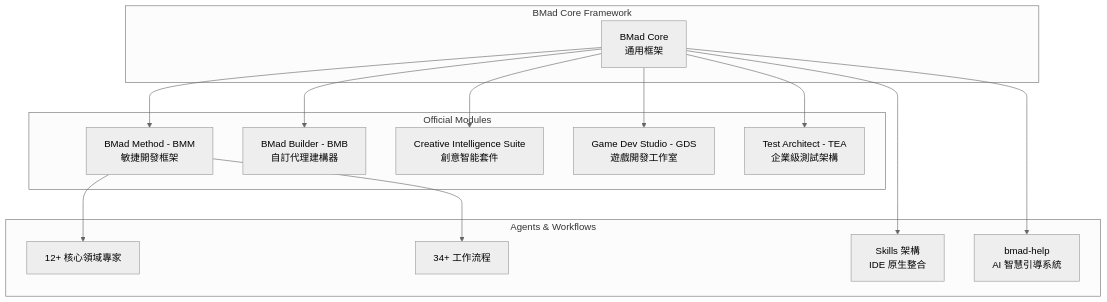
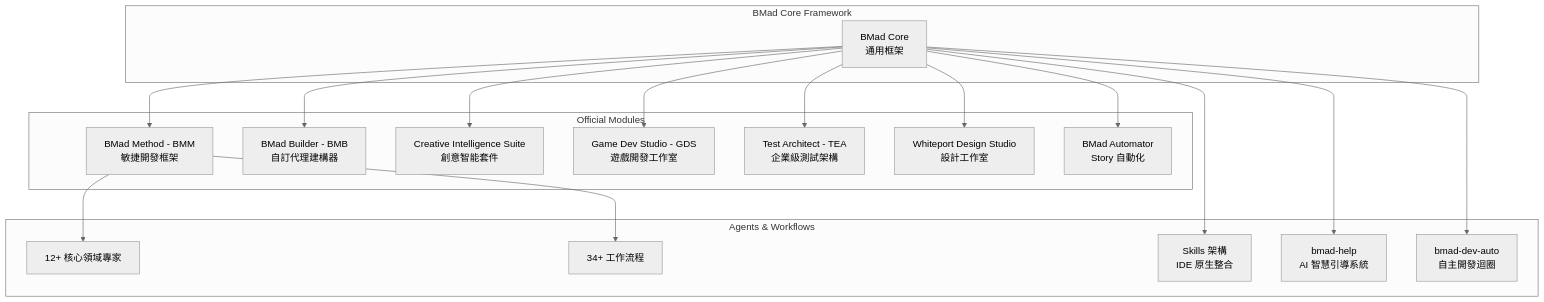
One commit to chihhung/Blog changed the first of 21 diagrams in content/posts/教學/AI開發/BMAD-METHOD使用教學.md. Above: the diagram before and after it, drawn with Mermaid (neutral theme). The commit also changed other lines of this file and 22 other files, not shown here.

````diff
--- a/content/posts/教學/AI開發/BMAD-METHOD使用教學.md
+++ b/content/posts/教學/AI開發/BMAD-METHOD使用教學.md
@@ -176,31 +197,37 @@
 ```mermaid
 graph TB
     subgraph "BMad Core Framework"
         CORE[BMad Core<br/>通用框架]
     end
     
     subgraph "Official Modules"
         BMM[BMad Method - BMM<br/>敏捷開發框架]
         BMB[BMad Builder - BMB<br/>自訂代理建構器]
         CIS[Creative Intelligence Suite<br/>創意智能套件]
         GDS[Game Dev Studio - GDS<br/>遊戲開發工作室]
         TEA[Test Architect - TEA<br/>企業級測試架構]
+        WDS[Whiteport Design Studio<br/>設計工作室]
+        AUTO[BMad Automator<br/>Story 自動化]
     end
     
     subgraph "Agents & Workflows"
         AGENTS[12+ 核心領域專家]
         WORKFLOWS[34+ 工作流程]
         SKILLS[Skills 架構<br/>IDE 原生整合]
         HELP[bmad-help<br/>AI 智慧引導系統]
+        DEVAUTO[bmad-dev-auto<br/>自主開發迴圈]
     end
     
     CORE --> BMM
     CORE --> BMB
     CORE --> CIS
     CORE --> GDS
     CORE --> TEA
+    CORE --> WDS
+    CORE --> AUTO
     BMM --> AGENTS
     BMM --> WORKFLOWS
     CORE --> SKILLS
     CORE --> HELP
+    CORE --> DEVAUTO
 ```
````
